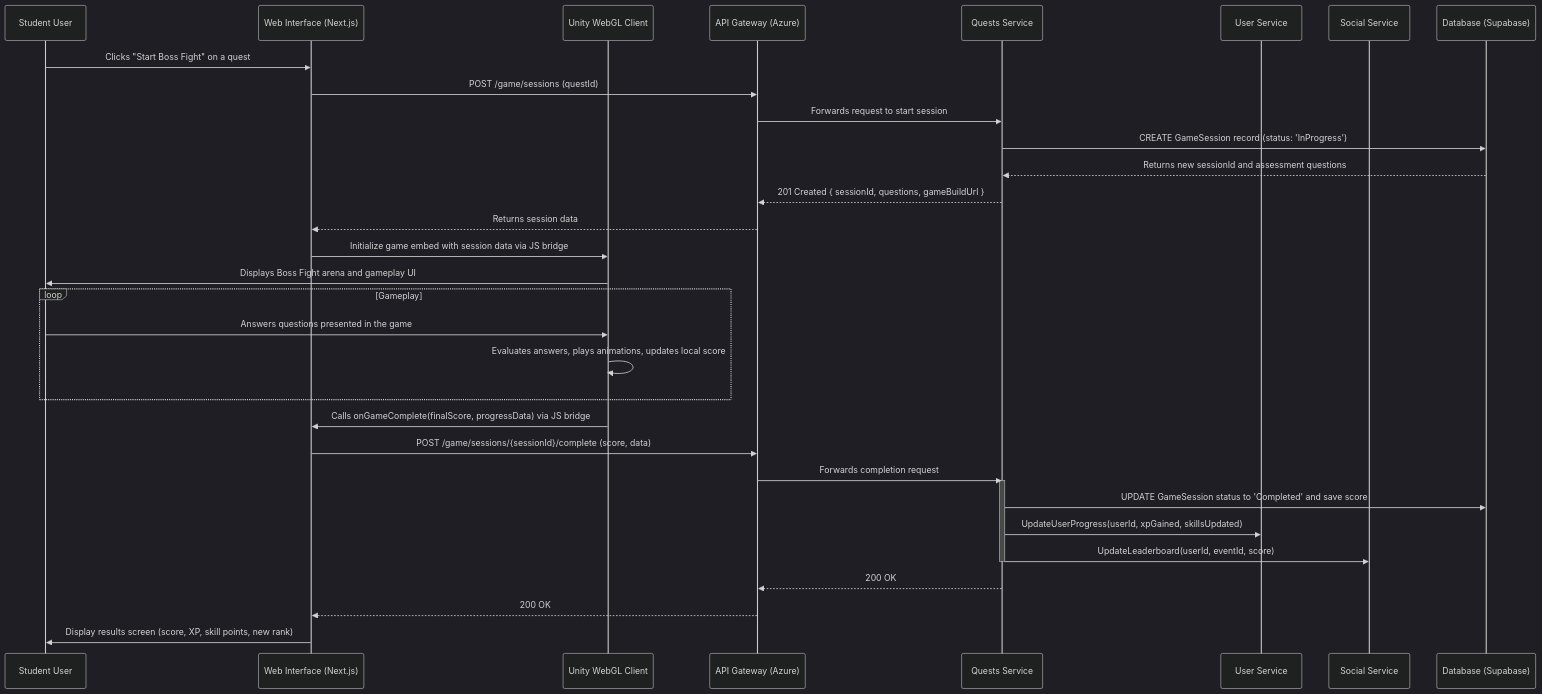
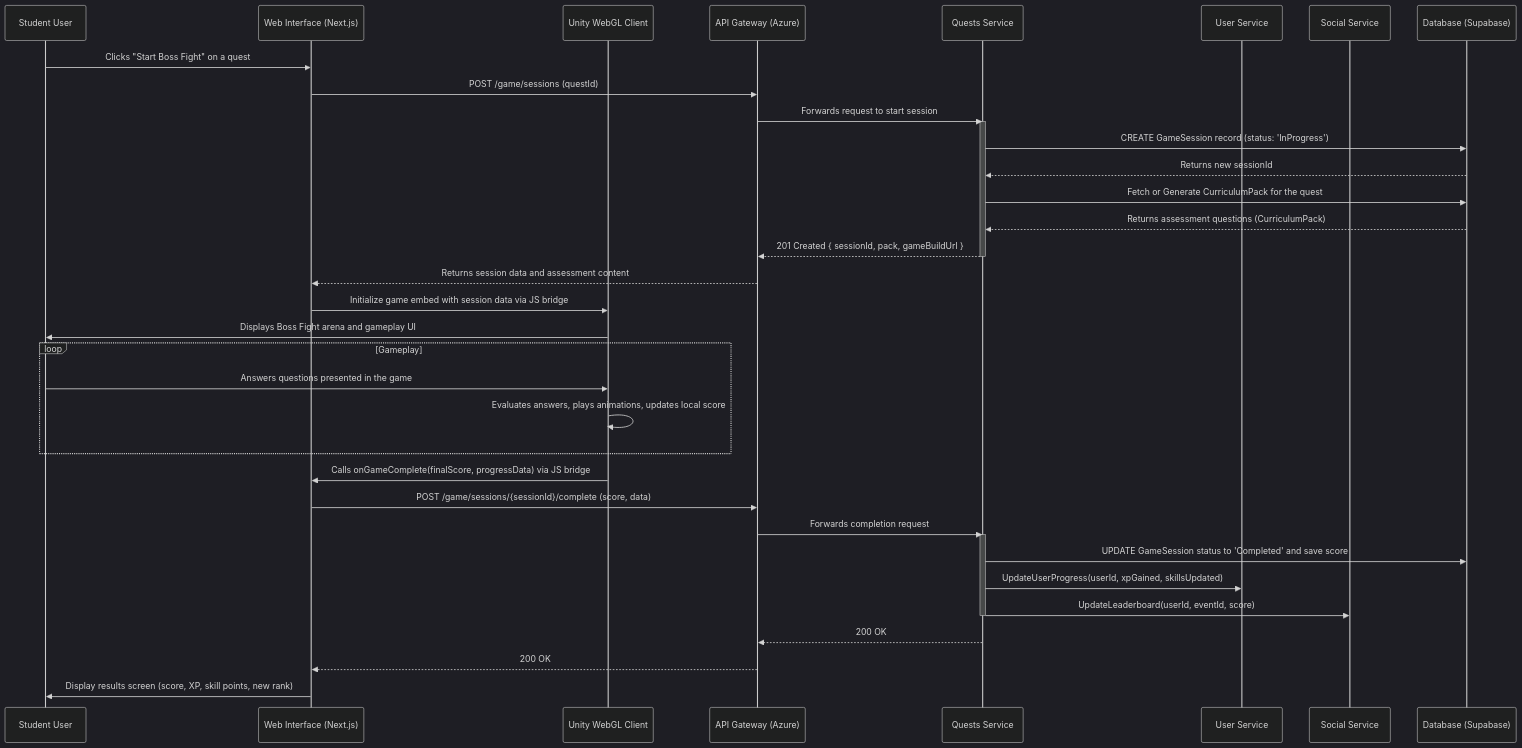
One commit to FA25SE050-RogueLearn/RogueLearn.BMAD.Documentation changed the diagram in mermaid-diagrams/sequence/03-boss-fight-assessment.md. Above: the diagram before and after it, drawn with Mermaid (dark theme). The commit also changed 5 other files, not shown here.

Commit message:
update sequence diagrams

````diff
--- a/mermaid-diagrams/sequence/03-boss-fight-assessment.md
+++ b/mermaid-diagrams/sequence/03-boss-fight-assessment.md
@@ -3,52 +3,57 @@
 ```mermaid
 sequenceDiagram
     participant U as Student User
     participant UI as Web Interface (Next.js)
     participant Unity as Unity WebGL Client
     participant APIGateway as API Gateway (Azure)
     participant QuestsService as Quests Service
     participant UserService as User Service
     participant SocialService as Social Service
     participant Database as Database (Supabase)
 
     %% Step 1: User starts the assessment from the web UI %%
     U->>UI: Clicks "Start Boss Fight" on a quest
     UI->>APIGateway: POST /game/sessions (questId)
     APIGateway->>QuestsService: Forwards request to start session
 
-    %% Step 2: Backend creates a game session and fetches questions %%
+    %% Step 2: Backend creates a game session and fetches the assessment content %%
+    activate QuestsService
     QuestsService->>Database: CREATE GameSession record (status: 'InProgress')
-    Database-->>QuestsService: Returns new sessionId and assessment questions
-    QuestsService-->>APIGateway: 201 Created { sessionId, questions, gameBuildUrl }
-    APIGateway-->>UI: Returns session data
+    Database-->>QuestsService: Returns new sessionId
+    QuestsService->>Database: Fetch or Generate CurriculumPack for the quest
+    Database-->>QuestsService: Returns assessment questions (CurriculumPack)
+    
+    QuestsService-->>APIGateway: 201 Created { sessionId, pack, gameBuildUrl }
+    deactivate QuestsService
+    APIGateway-->>UI: Returns session data and assessment content
 
-    %% Step 3: Web UI launches the Unity client and passes it the session data %%
+    %% Step 3: Web UI launches the Unity client with the session data %%
     UI->>Unity: Initialize game embed with session data via JS bridge
     Unity->>U: Displays Boss Fight arena and gameplay UI
 
     %% Step 4: Gameplay loop is handled entirely within the Unity client %%
     loop Gameplay
         U->>Unity: Answers questions presented in the game
         Unity->>Unity: Evaluates answers, plays animations, updates local score
     end
 
     %% Step 5: Unity client reports final score back to the web UI upon completion %%
     Unity->>UI: Calls onGameComplete(finalScore, progressData) via JS bridge
     
-    %% Step 6: Web UI sends the final results to the backend for processing %%
+    %% Step 6: Web UI sends the final results to the backend %%
     UI->>APIGateway: POST /game/sessions/{sessionId}/complete (score, data)
     APIGateway->>QuestsService: Forwards completion request
 
     %% Step 7: Backend finalizes the session and updates all relevant user data %%
     activate QuestsService
     QuestsService->>Database: UPDATE GameSession status to 'Completed' and save score
     QuestsService->>UserService: UpdateUserProgress(userId, xpGained, skillsUpdated)
     QuestsService->>SocialService: UpdateLeaderboard(userId, eventId, score)
     deactivate QuestsService
     
     QuestsService-->>APIGateway: 200 OK
     APIGateway-->>UI: 200 OK
 
-    %% Step 8: User sees their final results %%
+    %% Step 8: User sees their final results on the web UI %%
     UI->>U: Display results screen (score, XP, skill points, new rank)
 ```
````
